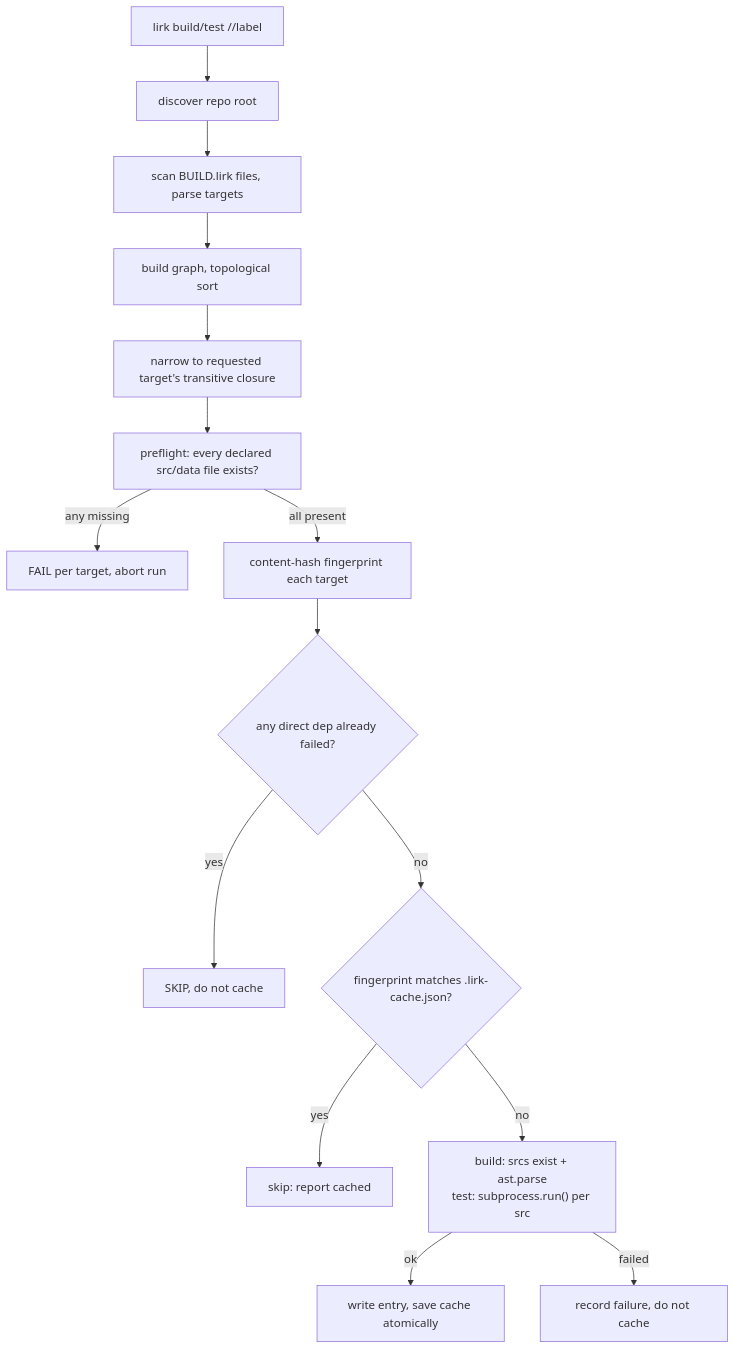
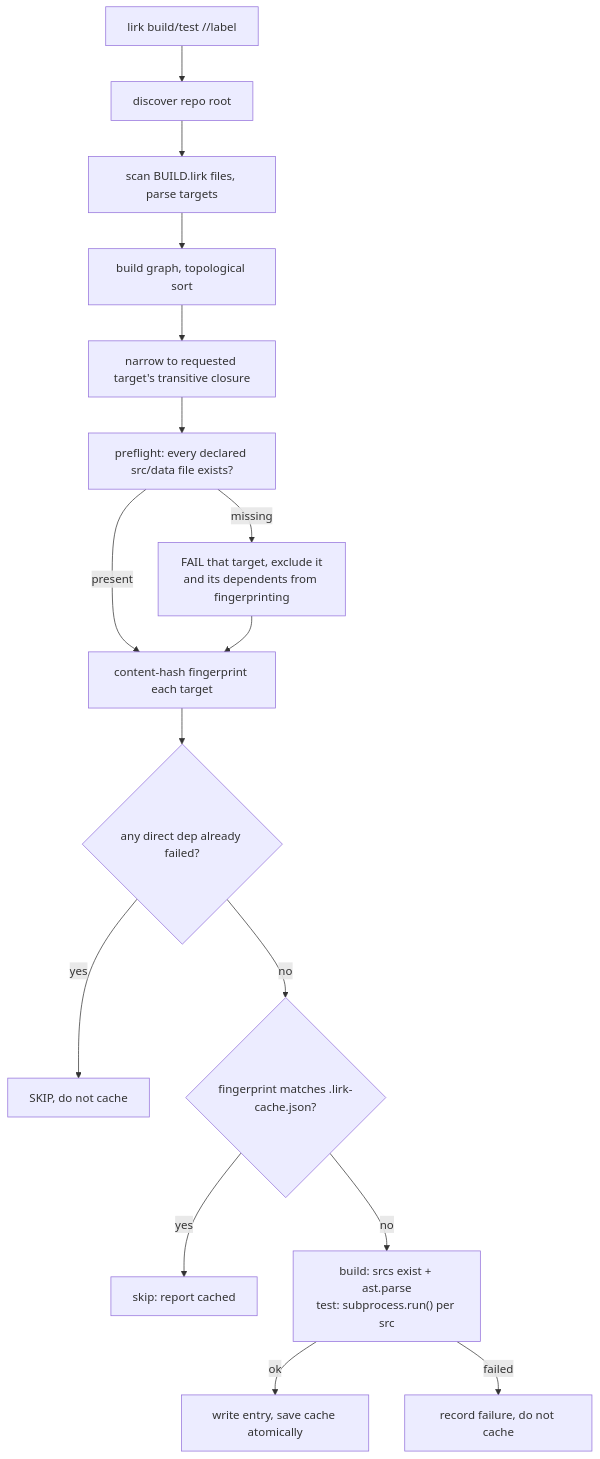
Before and after one commit to socitt/lirk: the second of 2 diagrams in docs/DESIGN.md, drawn with Mermaid. The commit also changed other lines of this file and 2 other files, not shown here.

````diff
--- a/docs/DESIGN.md
+++ b/docs/DESIGN.md
@@ -150,17 +150,18 @@
 ```mermaid
 flowchart TD
     A["lirk build/test //label"] --> B["discover repo root"]
     B --> C["scan BUILD.lirk files, parse targets"]
     C --> D["build graph, topological sort"]
     D --> E["narrow to requested target's transitive closure"]
     E --> P["preflight: every declared src/data file exists?"]
-    P -- "any missing" --> X["FAIL per target, abort run"]
-    P -- all present --> F["content-hash fingerprint each target"]
+    P -- "missing" --> X["FAIL that target, exclude it\nand its dependents from fingerprinting"]
+    P -- present --> F["content-hash fingerprint each target"]
+    X --> F
     F --> S{"any direct dep already failed?"}
     S -- yes --> K["SKIP, do not cache"]
     S -- no --> G{"fingerprint matches .lirk-cache.json?"}
     G -- yes --> H["skip: report cached"]
     G -- no --> I["build: srcs exist + ast.parse\ntest: subprocess.run() per src"]
     I -- ok --> J["write entry, save cache atomically"]
     I -- failed --> L["record failure, do not cache"]
 ```
````
